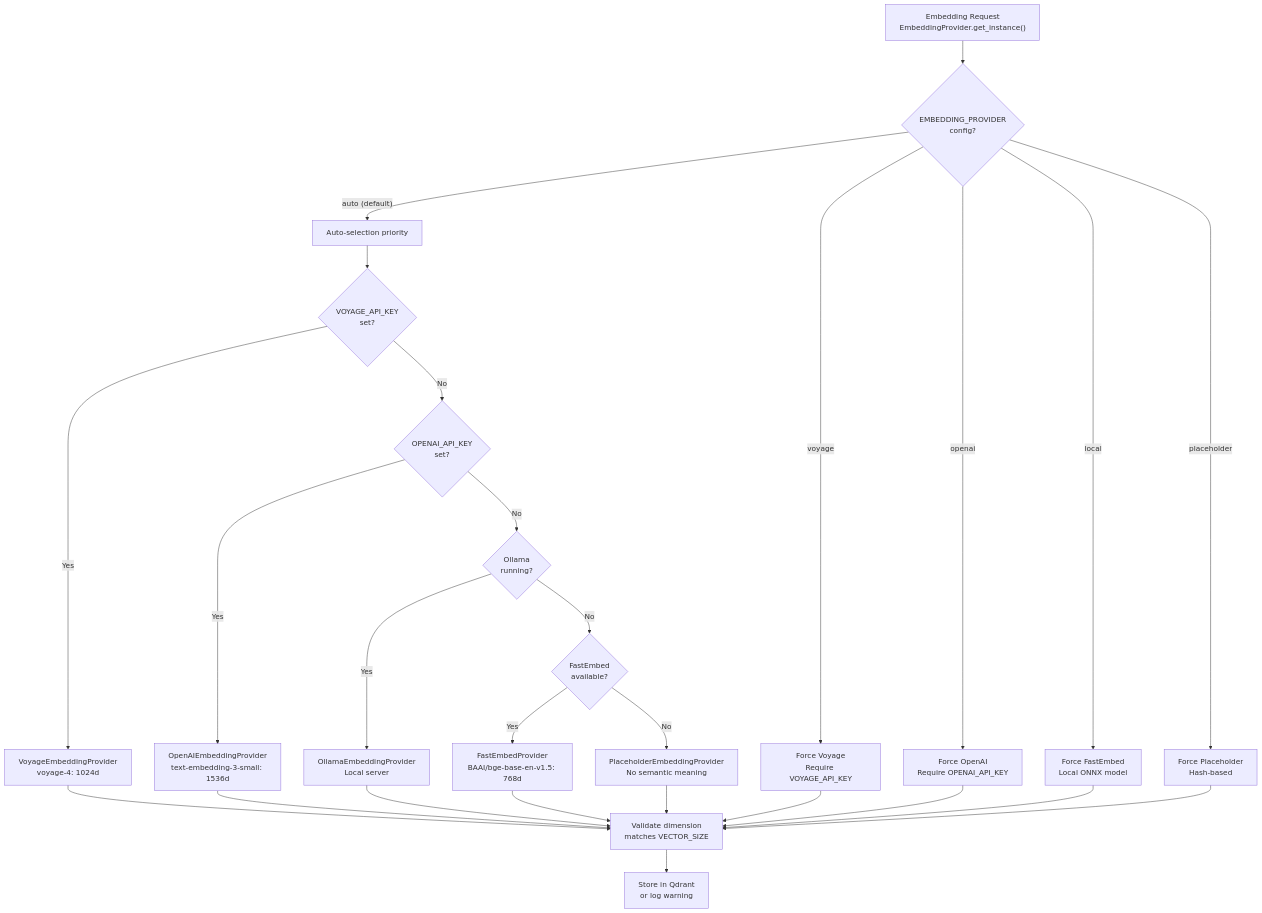
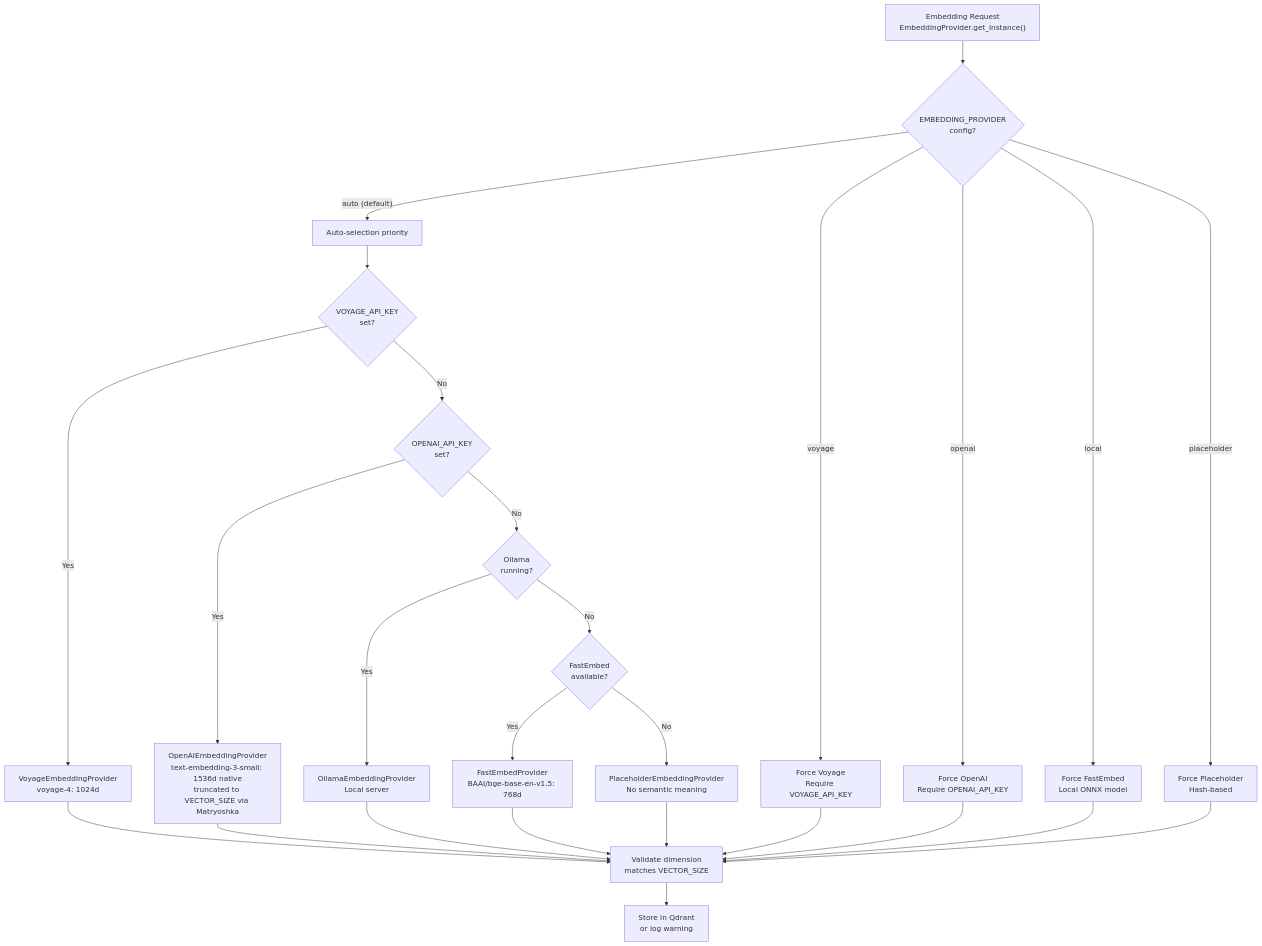
The first of 2 diagrams in src/content/docs/docs/architecture/embeddings.md (verygoodplugins/automem-website), drawn with Mermaid before and after one commit. The commit also changed 1 other file, not shown here.

Commit message:
fix: clarify text-embedding-3-small is 1536d native, truncated to VECTOR_SIZE
The docs showed 1536d without context. In practice, AutoMem truncates
text-embedding-3-small to VECTOR_SIZE (default 1024) via Matryoshka.
Updated both diagrams to show this.

````diff
--- a/src/content/docs/docs/architecture/embeddings.md
+++ b/src/content/docs/docs/architecture/embeddings.md
@@ -49,38 +49,38 @@
 ```mermaid
 flowchart TD
     Request["Embedding Request<br/>EmbeddingProvider.get_instance()"]
 
     Request --> CheckConfig{"EMBEDDING_PROVIDER<br/>config?"}
 
     CheckConfig -->|"auto (default)"| Priority["Auto-selection priority"]
     CheckConfig -->|"voyage"| ForceVoyage["Force Voyage<br/>Require VOYAGE_API_KEY"]
     CheckConfig -->|"openai"| ForceOpenAI["Force OpenAI<br/>Require OPENAI_API_KEY"]
     CheckConfig -->|"local"| ForceLocal["Force FastEmbed<br/>Local ONNX model"]
     CheckConfig -->|"placeholder"| ForcePlaceholder["Force Placeholder<br/>Hash-based"]
 
     Priority --> Try1{"VOYAGE_API_KEY<br/>set?"}
     Try1 -->|Yes| Voyage["VoyageEmbeddingProvider<br/>voyage-4: 1024d"]
     Try1 -->|No| Try2{"OPENAI_API_KEY<br/>set?"}
 
-    Try2 -->|Yes| OpenAI["OpenAIEmbeddingProvider<br/>text-embedding-3-small: 1536d"]
+    Try2 -->|Yes| OpenAI["OpenAIEmbeddingProvider<br/>text-embedding-3-small: 1536d native<br/>truncated to VECTOR_SIZE via Matryoshka"]
     Try2 -->|No| Try3{"Ollama<br/>running?"}
 
     Try3 -->|Yes| Ollama["OllamaEmbeddingProvider<br/>Local server"]
     Try3 -->|No| Try4{"FastEmbed<br/>available?"}
 
     Try4 -->|Yes| FastEmbed["FastEmbedProvider<br/>BAAI/bge-base-en-v1.5: 768d"]
     Try4 -->|No| Placeholder["PlaceholderEmbeddingProvider<br/>No semantic meaning"]
 
     Voyage --> Validate["Validate dimension<br/>matches VECTOR_SIZE"]
     OpenAI --> Validate
     Ollama --> Validate
     FastEmbed --> Validate
     Placeholder --> Validate
 
     ForceVoyage --> Validate
     ForceOpenAI --> Validate
     ForceLocal --> Validate
     ForcePlaceholder --> Validate
 
     Validate --> Store["Store in Qdrant<br/>or log warning"]
 ```
````
